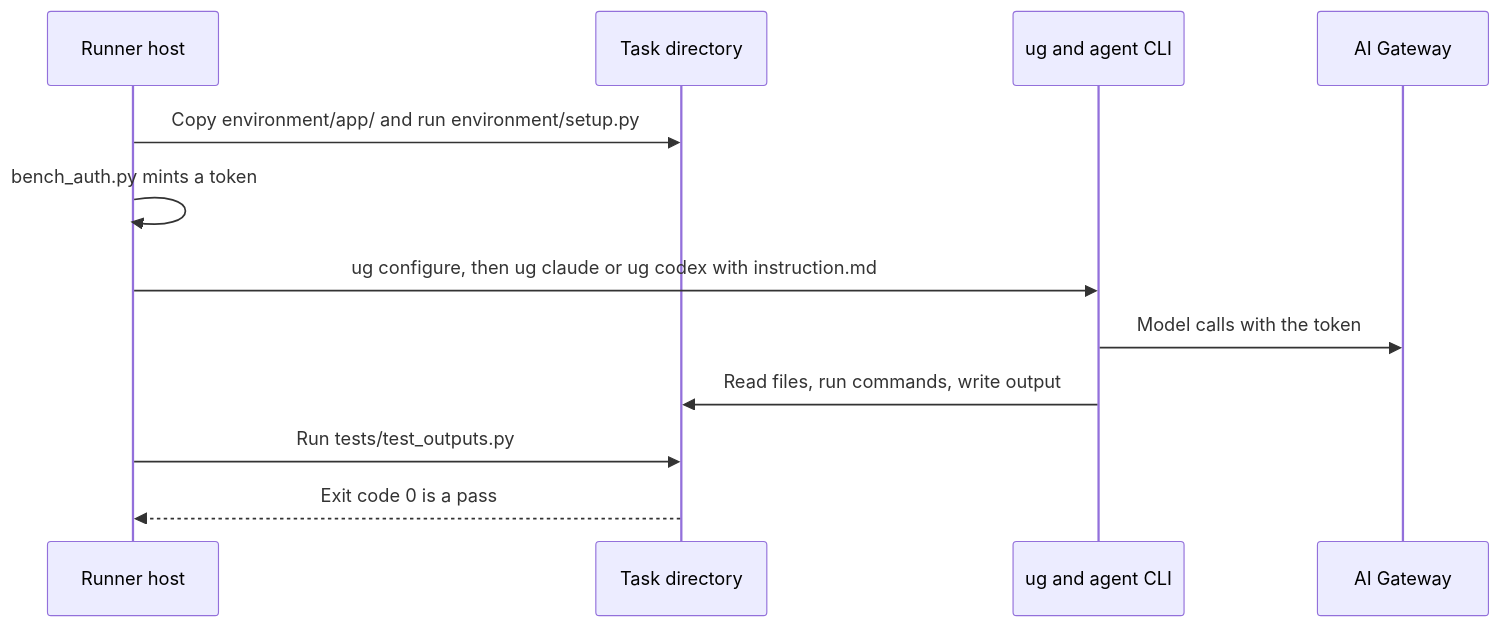
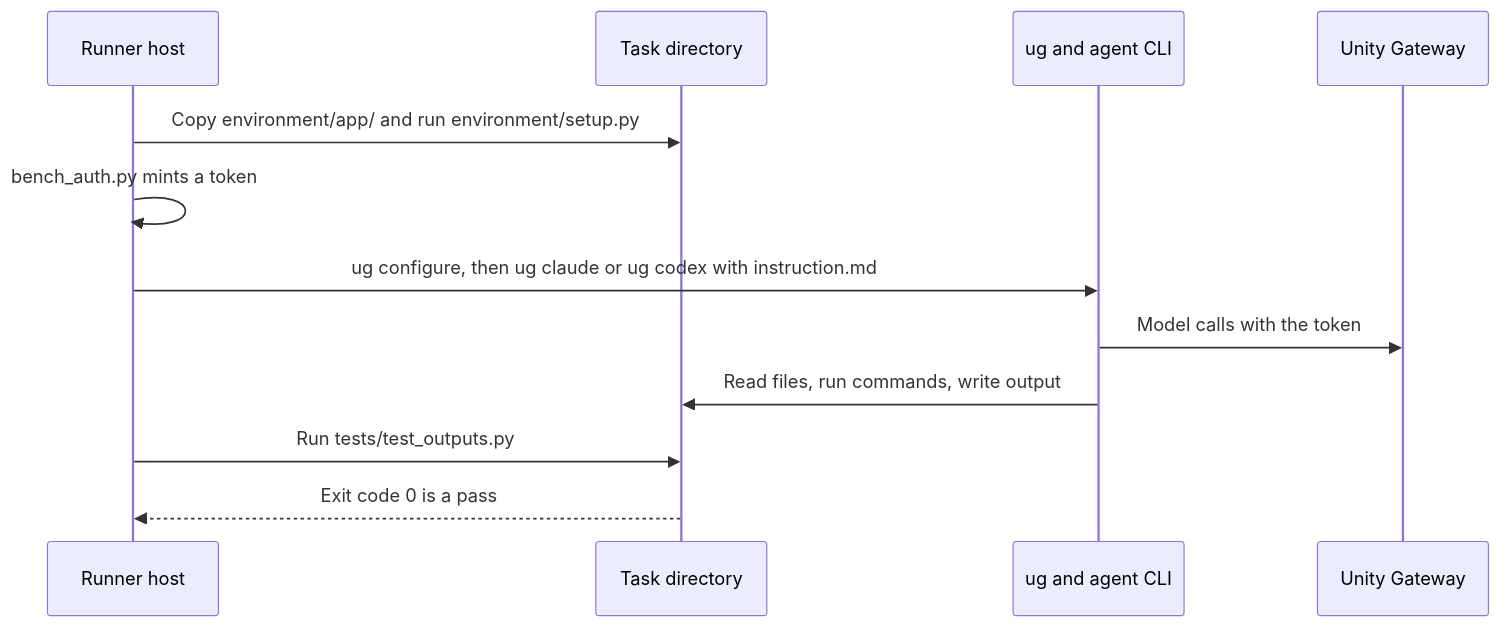
One commit to databricks/unity-gateway changed the second of 2 diagrams in bench/terminal_bench/README.md. Above: the diagram before and after it, drawn with Mermaid. The commit also changed 39 other files, not shown here.

First line of the commit message:
Rename "AI Gateway" to "Unity Gateway" in user-facing strings and docs

````diff
--- a/bench/terminal_bench/README.md
+++ b/bench/terminal_bench/README.md
@@ -41,14 +41,14 @@
 ```mermaid
 sequenceDiagram
 	participant host as Runner host
 	participant env as Task directory
 	participant agent as ug and agent CLI
-	participant gateway as AI Gateway
+	participant gateway as Unity Gateway
 	host->>env: Copy environment/app/ and run environment/setup.py
 	host->>host: bench_auth.py mints a token
 	host->>agent: ug configure, then ug claude or ug codex with instruction.md
 	agent->>gateway: Model calls with the token
 	agent->>env: Read files, run commands, write output
 	host->>env: Run tests/test_outputs.py
 	env-->>host: Exit code 0 is a pass
 ```
````
